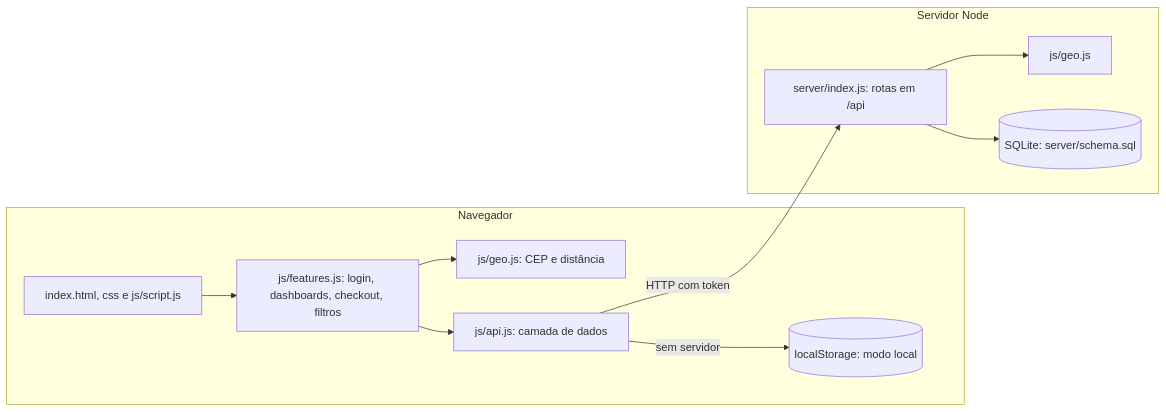
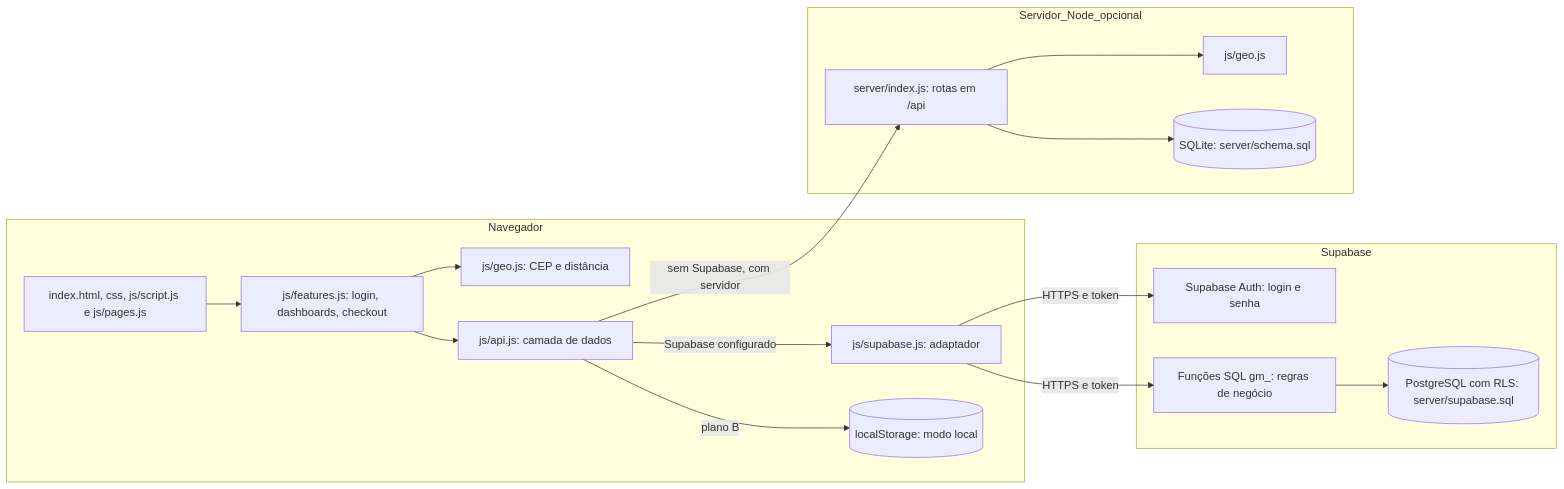
The diagram in docs/diagramas/arquitetura.mmd (pedrolimaca/GastroMatch), drawn with Mermaid before and after one commit.

Commit message:
Atualização  de arquitetura com o Supabase

```diff
--- a/docs/diagramas/arquitetura.mmd
+++ b/docs/diagramas/arquitetura.mmd
@@ -1,19 +1,28 @@
 flowchart LR
   subgraph Navegador
-    UI[index.html, css e js/script.js]
-    FE[js/features.js: login, dashboards, checkout, filtros]
-    GEO1[js/geo.js: CEP e distância]
-    API1[js/api.js: camada de dados]
-    LS[(localStorage: modo local)]
+    UI["index.html, css, js/script.js e js/pages.js"]
+    FE["js/features.js: login, dashboards, checkout"]
+    GEO1["js/geo.js: CEP e distância"]
+    API1["js/api.js: camada de dados"]
+    SBJS["js/supabase.js: adaptador"]
+    LS[("localStorage: modo local")]
   end
-  subgraph Servidor Node
-    SRV[server/index.js: rotas em /api]
-    GEO2[js/geo.js]
-    DB[(SQLite: server/schema.sql)]
+  subgraph Supabase
+    AUTH["Supabase Auth: login e senha"]
+    RPC["Funções SQL gm_: regras de negócio"]
+    PG[("PostgreSQL com RLS: server/supabase.sql")]
+  end
+  subgraph Servidor_Node_opcional
+    SRV["server/index.js: rotas em /api"]
+    GEO2["js/geo.js"]
+    DB[("SQLite: server/schema.sql")]
   end
   UI --> FE --> API1
   FE --> GEO1
-  API1 -- sem servidor --> LS
-  API1 -- HTTP com token --> SRV
+  API1 -- "Supabase configurado" --> SBJS
+  SBJS -- "HTTPS e token" --> AUTH
+  SBJS -- "HTTPS e token" --> RPC --> PG
+  API1 -- "sem Supabase, com servidor" --> SRV
   SRV --> DB
   SRV --> GEO2
+  API1 -- "plano B" --> LS
```
